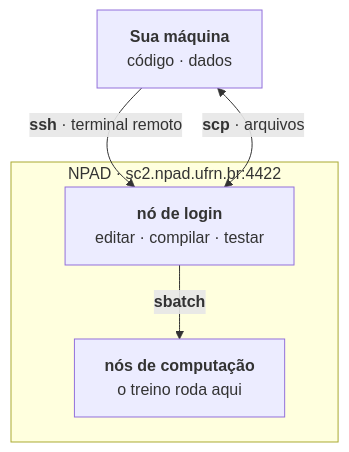
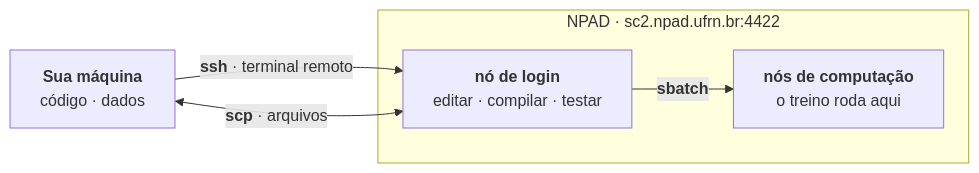
One commit to heltonmaia/fishell changed the diagram in README.md. Above: the diagram before and after it, drawn with Mermaid.

Commit message:
docs: diagrama volta pra horizontal
Na vertical o rotulo do subgraph NPAD colide com a seta que entra no no' de
login, e a figura fica alta demais pra abrir o tutorial. Na horizontal ela
lê como um pipeline: sua maquina, no' de login, nos de computacao.

O 'direction TB' dentro do subgraph nao ajuda aqui: o mermaid o ignora quando
o subgraph tem arestas cruzando a fronteira, que e' o caso.

````diff
--- a/README.md
+++ b/README.md
@@ -17,13 +17,13 @@
 ```mermaid
-flowchart TB
+flowchart LR
     A["<b>Sua máquina</b><br/>código · dados"]
 
     subgraph NPAD["NPAD · sc2.npad.ufrn.br:4422"]
         B["<b>nó de login</b><br/>editar · compilar · testar"]
         C["<b>nós de computação</b><br/>o treino roda aqui"]
         B -->|"<b>sbatch</b>"| C
     end
 
     A -->|"<b>ssh</b> · terminal remoto"| B
     A <-->|"<b>scp</b> · arquivos"| B
 ```
````
